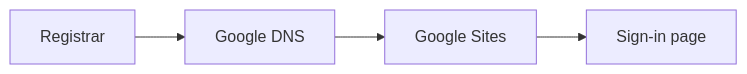
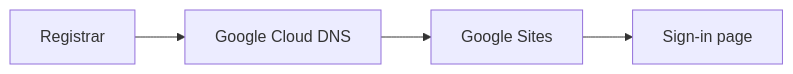
Before and after one commit to Lekerj/mcgillxr-case-study: the diagram in docs/01-nobody-could-see-the-site.md, drawn with Mermaid. The commit also changed other lines of this file and 8 other files, not shown here.

````diff
--- a/docs/01-nobody-could-see-the-site.md
+++ b/docs/01-nobody-could-see-the-site.md
@@ -15,4 +25,4 @@
 ```mermaid
 flowchart LR
-    R[Registrar] --> D[Google DNS] --> G[Google Sites] --> W[Sign-in page]
+    R[Registrar] --> D[Google Cloud DNS] --> G[Google Sites] --> W[Sign-in page]
 ```
````
